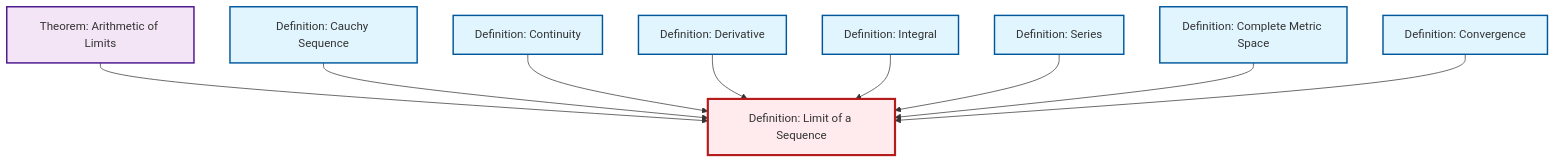
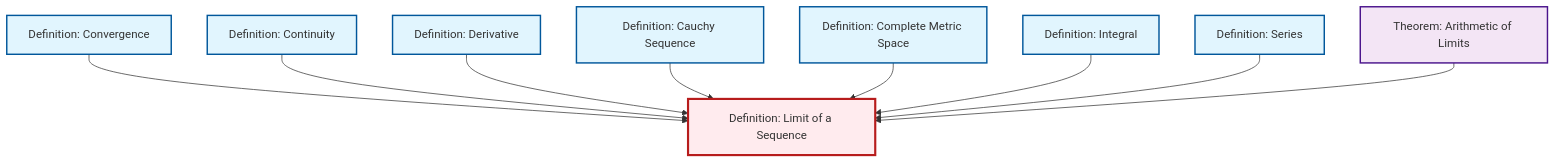
One commit to RK0429/ModernMath changed the diagram in content/en/analysis/def-limit.qmd. Above: the diagram before and after it, drawn with Mermaid. The commit also changed other lines of this file and 597 other files, not shown here.

````diff
--- a/content/en/analysis/def-limit.qmd
+++ b/content/en/analysis/def-limit.qmd
@@ -48,35 +48,35 @@
 ```{mermaid}
 %%| fig-cap: "Local dependency graph"
 graph TD
     classDef definition fill:#e1f5fe,stroke:#01579b,stroke-width:2px
     classDef theorem fill:#f3e5f5,stroke:#4a148c,stroke-width:2px
     classDef axiom fill:#fff3e0,stroke:#e65100,stroke-width:2px
     classDef example fill:#e8f5e9,stroke:#1b5e20,stroke-width:2px
     classDef current fill:#ffebee,stroke:#b71c1c,stroke-width:3px
+    def-integral["Definition: Integral"]:::definition
+    def-derivative["Definition: Derivative"]:::definition
+    def-complete-metric-space["Definition: Complete Metric Space"]:::definition
+    def-series["Definition: Series"]:::definition
     thm-limit-arithmetic["Theorem: Arithmetic of Limits"]:::theorem
-    def-integral["Definition: Integral"]:::definition
+    def-cauchy-sequence["Definition: Cauchy Sequence"]:::definition
     def-convergence["Definition: Convergence"]:::definition
-    def-series["Definition: Series"]:::definition
-    def-cauchy-sequence["Definition: Cauchy Sequence"]:::definition
     def-limit["Definition: Limit of a Sequence"]:::definition
-    def-derivative["Definition: Derivative"]:::definition
     def-continuity["Definition: Continuity"]:::definition
-    def-complete-metric-space["Definition: Complete Metric Space"]:::definition
-    thm-limit-arithmetic --> def-limit
-    def-cauchy-sequence --> def-limit
+    def-convergence --> def-limit
     def-continuity --> def-limit
     def-derivative --> def-limit
+    def-cauchy-sequence --> def-limit
+    def-complete-metric-space --> def-limit
     def-integral --> def-limit
     def-series --> def-limit
-    def-complete-metric-space --> def-limit
-    def-convergence --> def-limit
+    thm-limit-arithmetic --> def-limit
     class def-limit current
+    click def-integral "def-integral.html" "Go to Integral definition"
+    click def-derivative "def-derivative.html" "Go to Derivative definition"
+    click def-complete-metric-space "def-complete-metric-space.html" "Go to Complete Metric Space definition"
+    click def-series "def-series.html" "Go to Series definition"
     click thm-limit-arithmetic "thm-limit-arithmetic.html" "Go to Arithmetic of Limits theorem"
-    click def-integral "def-integral.html" "Go to Integral definition"
+    click def-cauchy-sequence "def-cauchy-sequence.html" "Go to Cauchy Sequence definition"
     click def-convergence "def-convergence.html" "Go to Convergence definition"
-    click def-series "def-series.html" "Go to Series definition"
-    click def-cauchy-sequence "def-cauchy-sequence.html" "Go to Cauchy Sequence definition"
-    click def-derivative "def-derivative.html" "Go to Derivative definition"
     click def-continuity "def-continuity.html" "Go to Continuity definition"
-    click def-complete-metric-space "def-complete-metric-space.html" "Go to Complete Metric Space definition"
 ```
````
